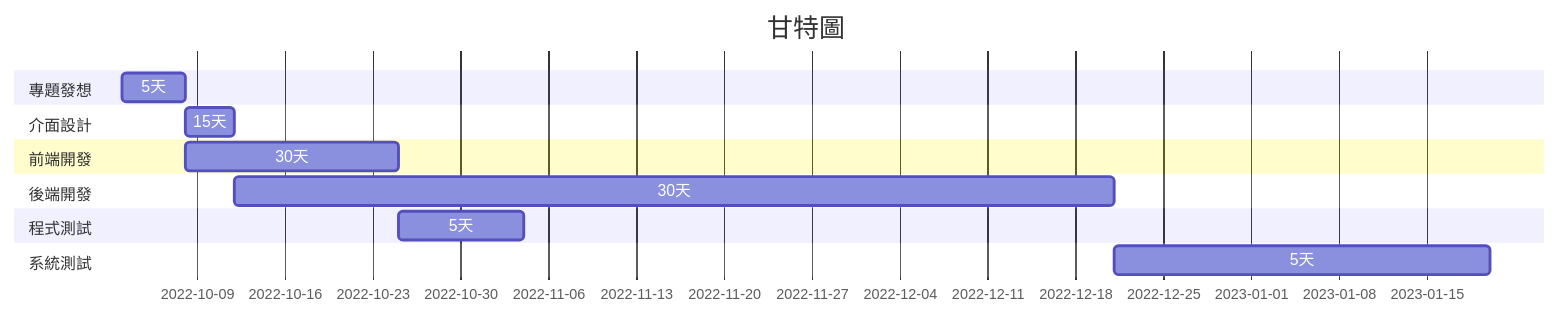
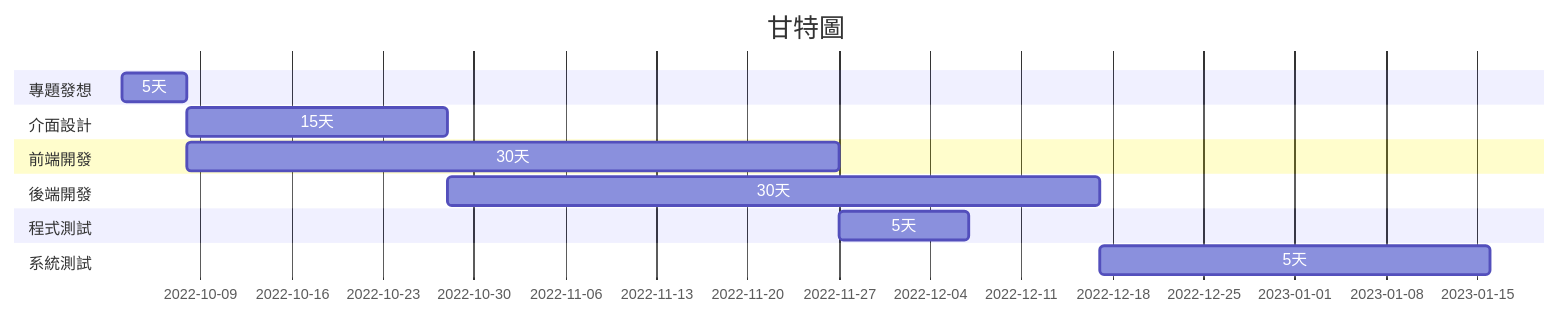
Before and after one commit to noman248/Group: the diagram in README.md, drawn with Mermaid.

````diff
--- a/README.md
+++ b/README.md
@@ -16,22 +16,22 @@
 ```mermaid
 gantt
     title 甘特圖
     section 專題發想
     5天:a1, 2022-10-03, 5d
     
     section 介面設計
-    15天:a2,after a1  , 4d
+    15天:a2,after a1  , 20d
     
     section 前端開發
-    30天:a3,after a1  , 17d
+    30天:a3,after a1  , 50d
     
     section 後端開發
-    30天:a4,after a2  , 70d 
+    30天:a4,after a2  , 50d 
     
     section 程式測試
     5天:a5,after a3  , 10d
     
     section 系統測試
     5天:a6,after a4  , 30d
     
 ```
````
